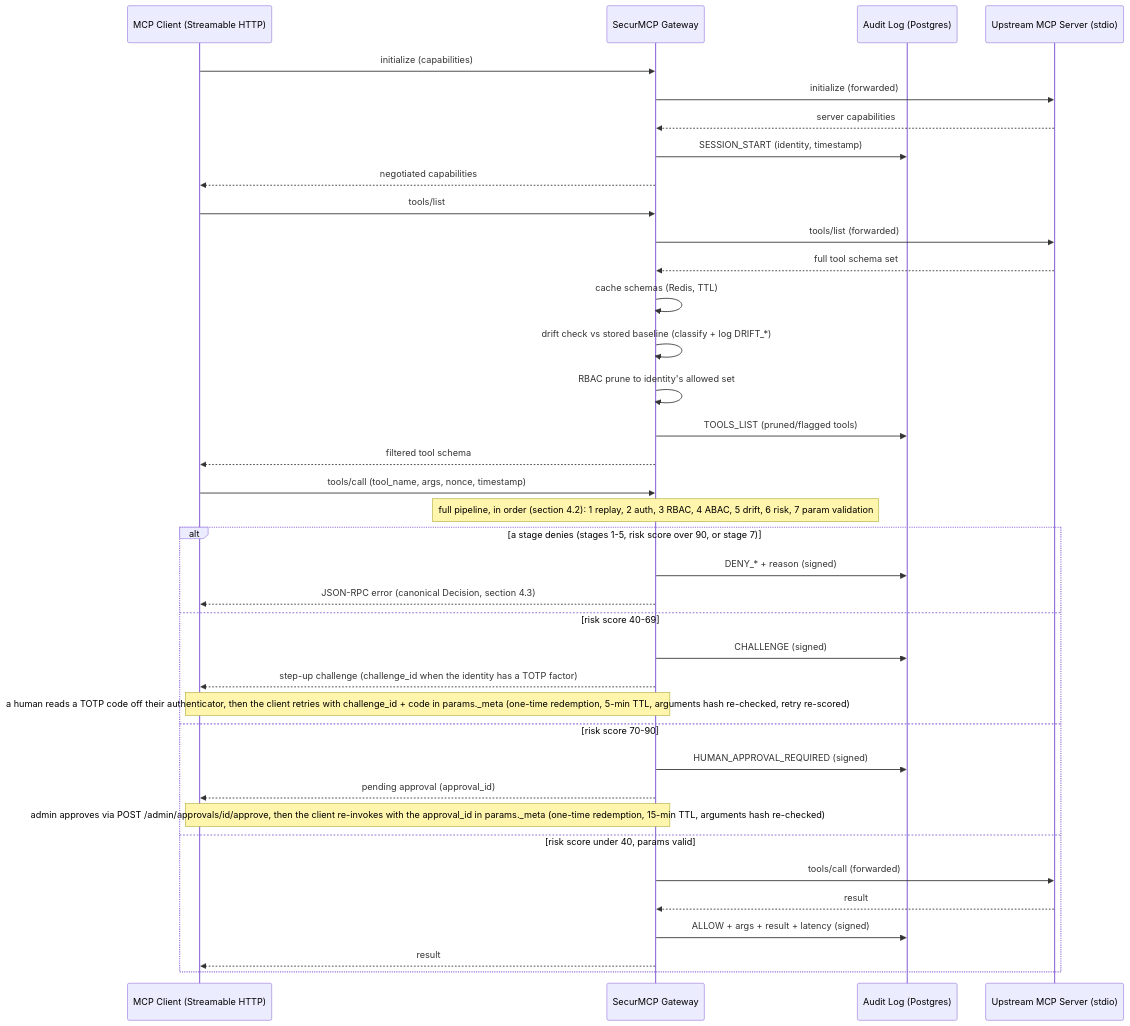
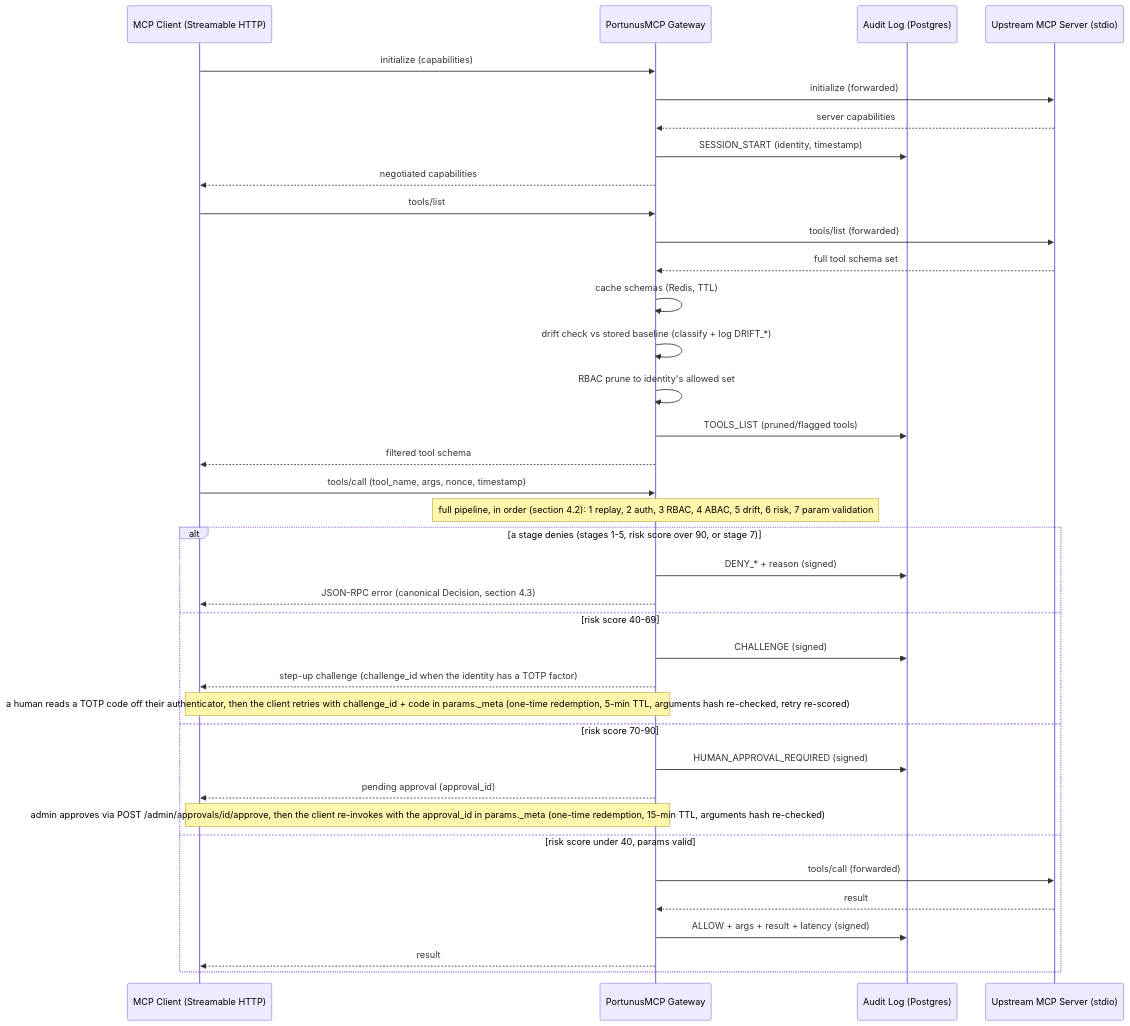
The first of 5 diagrams in ARCHITECTURE.md (BashaarJavaid/SecureMCP), drawn with Mermaid before and after one commit. The commit also changed other lines of this file and 50 other files, not shown here.

First line of the commit message:
Rename project SecurMCP -> PortunusMCP

````diff
--- a/ARCHITECTURE.md
+++ b/ARCHITECTURE.md
@@ -15,42 +15,42 @@
 ```mermaid
 sequenceDiagram
     participant Client as MCP Client (Streamable HTTP)
-    participant Gateway as SecurMCP Gateway
+    participant Gateway as PortunusMCP Gateway
     participant Audit as Audit Log (Postgres)
     participant Server as Upstream MCP Server (stdio)
 
     Client->>Gateway: initialize (capabilities)
     Gateway->>Server: initialize (forwarded)
     Server-->>Gateway: server capabilities
     Gateway->>Audit: SESSION_START (identity, timestamp)
     Gateway-->>Client: negotiated capabilities
 
     Client->>Gateway: tools/list
     Gateway->>Server: tools/list (forwarded)
     Server-->>Gateway: full tool schema set
     Gateway->>Gateway: cache schemas (Redis, TTL)
     Gateway->>Gateway: drift check vs stored baseline (classify + log DRIFT_*)
     Gateway->>Gateway: RBAC prune to identity's allowed set
     Gateway->>Audit: TOOLS_LIST (pruned/flagged tools)
     Gateway-->>Client: filtered tool schema
 
     Client->>Gateway: tools/call (tool_name, args, nonce, timestamp)
     Note over Gateway: full pipeline, in order (section 4.2): 1 replay, 2 auth, 3 RBAC, 4 ABAC, 5 drift, 6 risk, 7 param validation
     alt a stage denies (stages 1-5, risk score over 90, or stage 7)
         Gateway->>Audit: DENY_* + reason (signed)
         Gateway-->>Client: JSON-RPC error (canonical Decision, section 4.3)
     else risk score 40-69
         Gateway->>Audit: CHALLENGE (signed)
         Gateway-->>Client: step-up challenge (challenge_id when the identity has a TOTP factor)
         Note over Client,Gateway: a human reads a TOTP code off their authenticator, then the client retries with challenge_id + code in params._meta (one-time redemption, 5-min TTL, arguments hash re-checked, retry re-scored)
     else risk score 70-90
         Gateway->>Audit: HUMAN_APPROVAL_REQUIRED (signed)
         Gateway-->>Client: pending approval (approval_id)
         Note over Client,Gateway: admin approves via POST /admin/approvals/id/approve, then the client re-invokes with the approval_id in params._meta (one-time redemption, 15-min TTL, arguments hash re-checked)
     else risk score under 40, params valid
         Gateway->>Server: tools/call (forwarded)
         Server-->>Gateway: result
         Gateway->>Audit: ALLOW + args + result + latency (signed)
         Gateway-->>Client: result
     end
 ```
````
